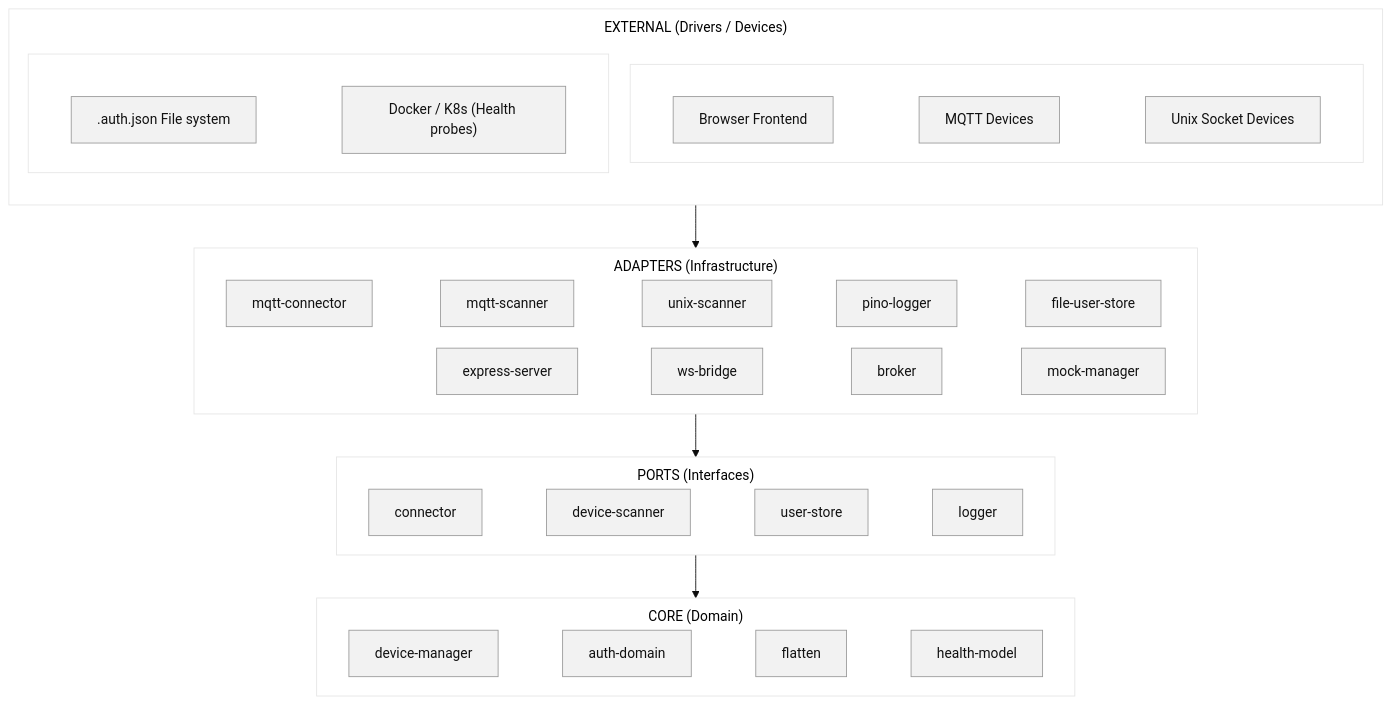
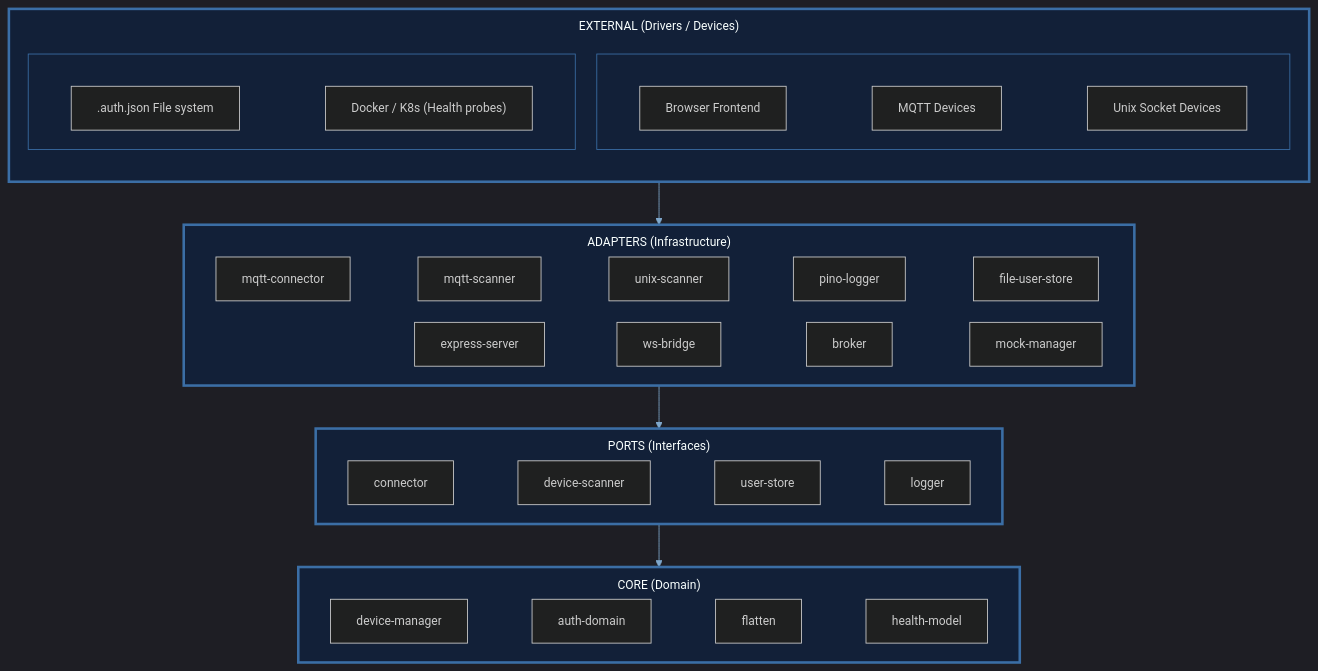
One commit to JuriPospelow/advancedGUI changed the diagram in documentation/images/docs-scripts/clean-architecture-layers.mmd. Above: the diagram before and after it, drawn with Mermaid. The commit also changed 1 other file, not shown here.

Commit message:
docs: match layers diagram to component diagram (dark navy bg + thick borders)

```diff
--- a/documentation/images/docs-scripts/clean-architecture-layers.mmd
+++ b/documentation/images/docs-scripts/clean-architecture-layers.mmd
@@ -1,33 +1,39 @@
-%%{init: {"theme":"base", "themeVariables": {"primaryColor":"#f2f2f2","primaryBorderColor":"#999999","primaryTextColor":"#111"}, "flowchart": {"rankDir":"TB","nodeSpacing":25,"rankSpacing":50,"useMaxWidth":false,"subGraphTitleMargin":{"top":10,"bottom":5}}}}%%
+%%{init: {"theme":"dark","themeVariables":{"background":"#0f1b2d","primaryColor":"#16233c","primaryBorderColor":"#3b6ea5","primaryTextColor":"#e6edf5","clusterBkg":"#122038","clusterBorder":"#3b6ea5","lineColor":"#7fa8cc","fontSize":"14px"},"flowchart":{"rankDir":"TB","nodeSpacing":25,"rankSpacing":50,"useMaxWidth":false,"subGraphTitleMargin":{"top":10,"bottom":5}}}}%%
 flowchart TB
     subgraph EXT["EXTERNAL (Drivers / Devices)"]
         direction TB
         subgraph EXTL1[" "]
             direction LR
             B1["Browser Frontend"] ~~~ B2["MQTT Devices"] ~~~ B3["Unix Socket Devices"]
         end
         subgraph EXTL2[" "]
             direction LR
             B4[".auth.json File system"] ~~~ B5["Docker / K8s (Health probes)"]
         end
     end
 
     subgraph ADAPT["ADAPTERS (Infrastructure)"]
         direction LR
         A1["mqtt-connector"] ~~~ A2["mqtt-scanner"] ~~~ A3["unix-scanner"] ~~~ A4["pino-logger"] ~~~ A5["file-user-store"]
         A6["express-server"] ~~~ A7["ws-bridge"] ~~~ A8["broker"] ~~~ A9["mock-manager"]
     end
 
     subgraph PORTS["PORTS (Interfaces)"]
         direction LR
         P1["connector"] ~~~ P2["device-scanner"] ~~~ P3["user-store"] ~~~ P4["logger"]
     end
 
     subgraph CORE["CORE (Domain)"]
         direction LR
         C1["device-manager"] ~~~ C2["auth-domain"] ~~~ C3["flatten"] ~~~ C4["health-model"]
     end
 
     EXT --> ADAPT
     ADAPT --> PORTS
     PORTS --> CORE
+
+    classDef thick stroke:#3b6ea5,stroke-width:3px
+    EXT:::thick
+    ADAPT:::thick
+    PORTS:::thick
+    CORE:::thick
```
